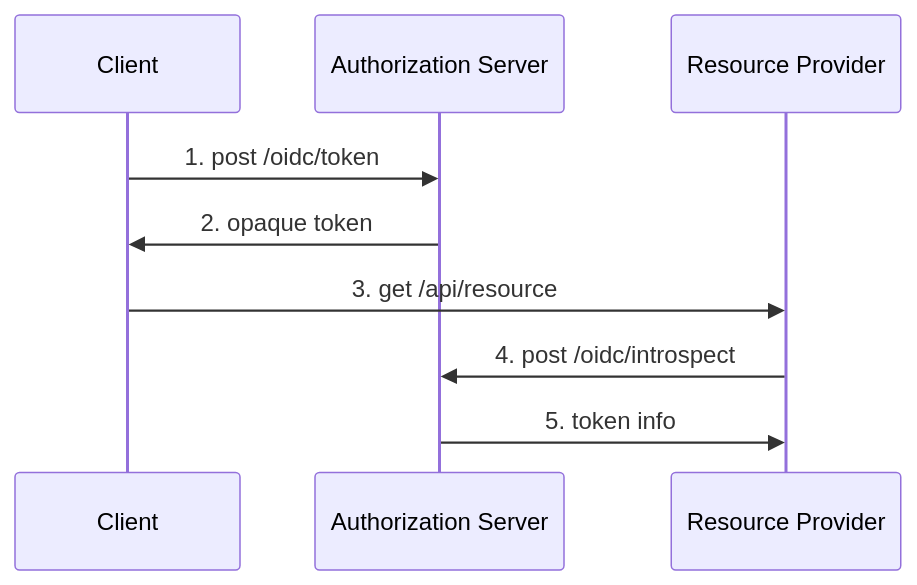
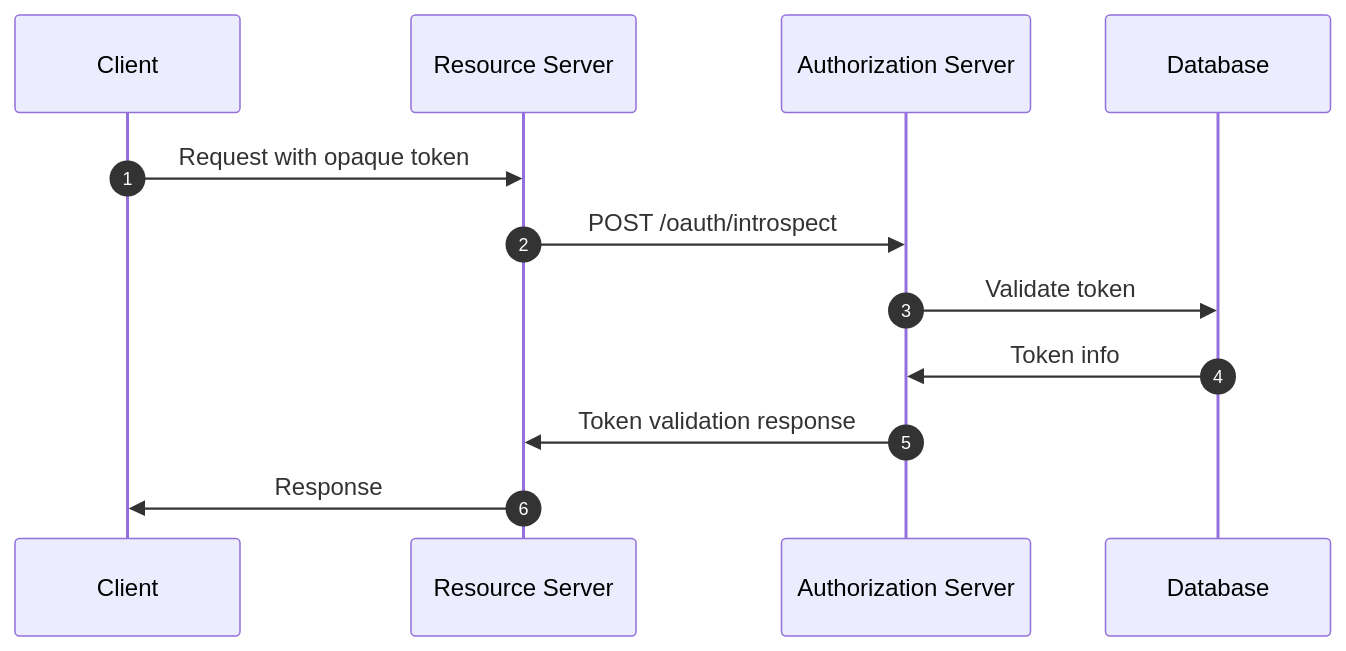
Before and after one commit to logto-io/auth-wiki: the third of 5 diagrams in src/content/terms/en/opaque-token.mdx, drawn with Mermaid. The commit also changed other lines of this file, not shown here.

Commit message:
refactor: update opaque token wiki (#98)

````diff
--- a/src/content/terms/en/opaque-token.mdx
+++ b/src/content/terms/en/opaque-token.mdx
@@ -49,13 +81,15 @@
 ```mermaid
 sequenceDiagram
     participant C as Client
+    participant RS as Resource Server
     participant AS as Authorization Server
-    participant RP as Resource Provider
+    participant D as Database
+    autonumber
 
-    C ->> AS: 1. post /oidc/token
-    AS ->> C: 2. opaque token
-    C ->> RP: 3. get /api/resource
-    RP ->> AS: 4. post /oidc/introspect
-    AS ->> RP: 5. token info
-
+    C->>RS: Request with opaque token
+    RS->>AS: POST /oauth/introspect
+    AS->>D: Validate token
+    D->>AS: Token info
+    AS->>RS: Token validation response
+    RS->>C: Response
 ```
````
